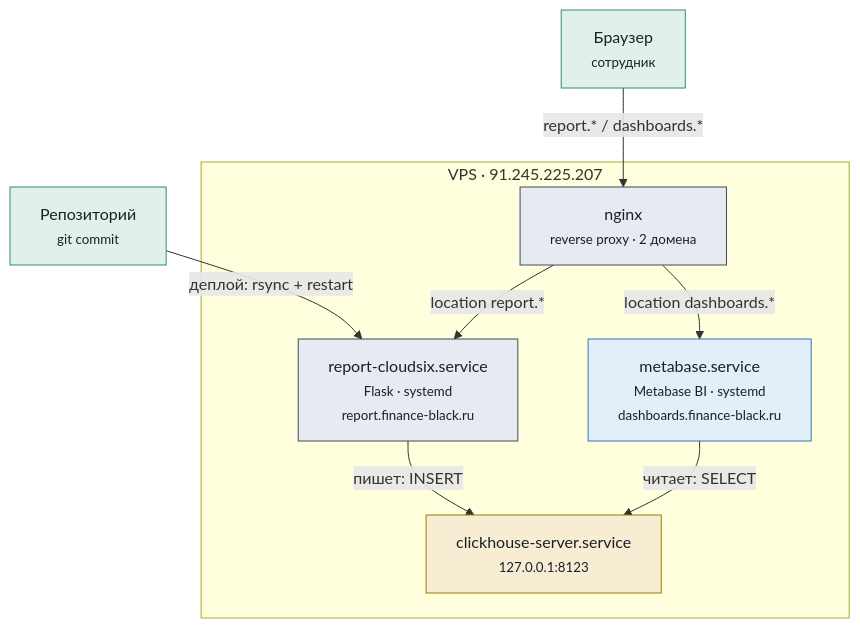
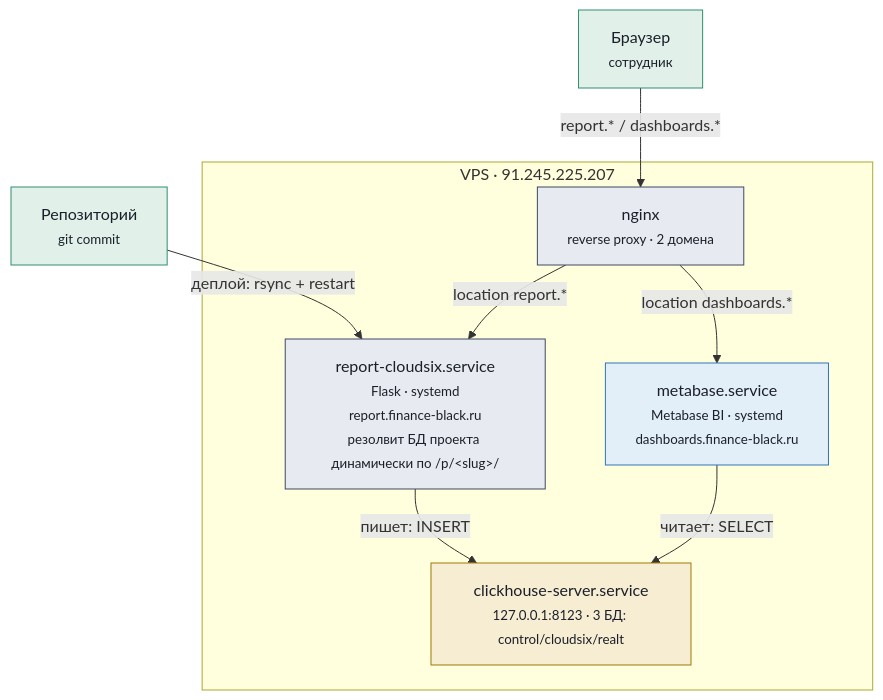
One commit to IGfinance/bf-analytics-platform changed the second of 4 diagrams in docs/architecture-map.md. Above: the diagram before and after it, drawn with Mermaid. The commit also changed other lines of this file and 3 other files, not shown here.

````diff
--- a/docs/architecture-map.md
+++ b/docs/architecture-map.md
@@ -55,26 +63,26 @@
 ```mermaid
 flowchart TD
     REPO["Репозиторий<br/><small>git commit</small>"]
     BROWSER["Браузер<br/><small>сотрудник</small>"]
 
     subgraph VPS["VPS · 91.245.225.207"]
         NGINX["nginx<br/><small>reverse proxy · 2 домена</small>"]
-        FLASK["report-cloudsix.service<br/><small>Flask · systemd</small><br/><small>report.finance-black.ru</small>"]
+        FLASK["report-cloudsix.service<br/><small>Flask · systemd</small><br/><small>report.finance-black.ru</small><br/><small>резолвит БД проекта динамически по /p/&lt;slug&gt;/</small>"]
         MB["metabase.service<br/><small>Metabase BI · systemd</small><br/><small>dashboards.finance-black.ru</small>"]
-        CH["clickhouse-server.service<br/><small>127.0.0.1:8123</small>"]
+        CH["clickhouse-server.service<br/><small>127.0.0.1:8123 · 3 БД: control/cloudsix/realt</small>"]
     end
 
     REPO -- "деплой: rsync + restart" --> FLASK
     BROWSER -- "report.* / dashboards.*" --> NGINX
     NGINX -- "location report.*" --> FLASK
     NGINX -- "location dashboards.*" --> MB
     FLASK -- "пишет: INSERT" --> CH
     MB -- "читает: SELECT" --> CH
 
     style REPO fill:#e1f1ea,stroke:#2f8f6e,color:#1a1f29
     style BROWSER fill:#e1f1ea,stroke:#2f8f6e,color:#1a1f29
     style NGINX fill:#e7eaf0,stroke:#3b4a63,color:#1a1f29
     style FLASK fill:#e7eaf0,stroke:#3b4a63,color:#1a1f29
     style MB fill:#e2eef8,stroke:#2e76b8,color:#1a1f29
     style CH fill:#f6edd2,stroke:#9c7a0a,color:#1a1f29
 ```
````
